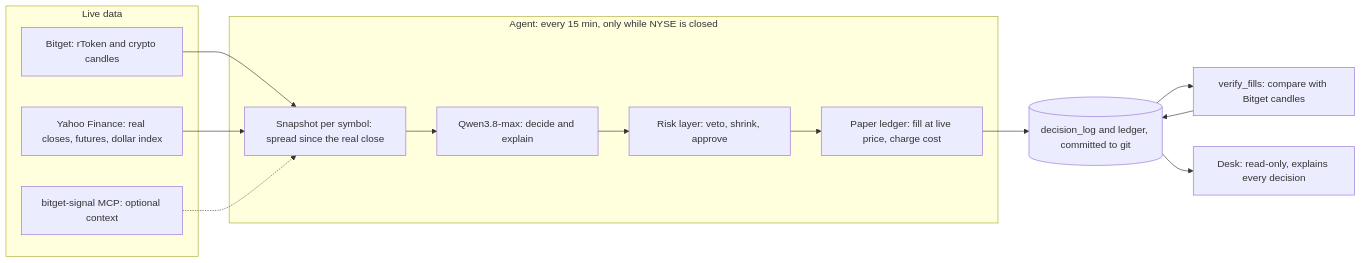
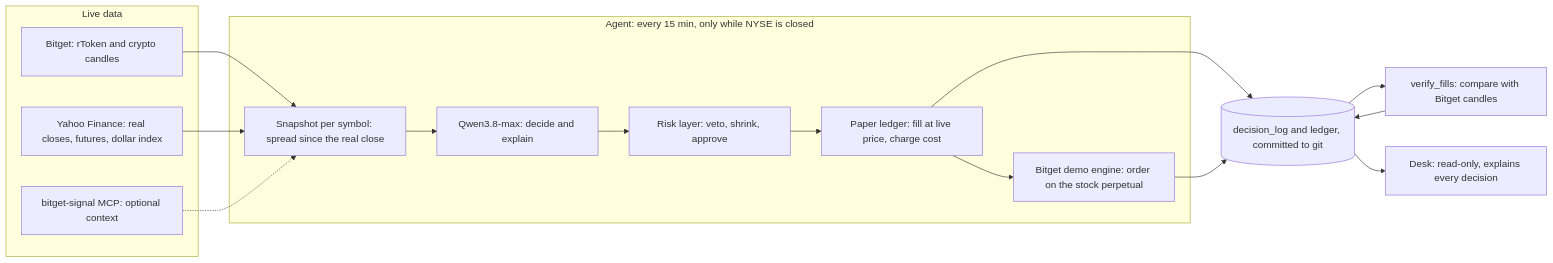
The diagram in README.md (angelraph/gloaming), drawn with Mermaid before and after one commit. The commit also changed other lines of this file and 1 other file, not shown here.

First line of the commit message:
Document the demo-exchange leg in the README and fix a stale architecture line

````diff
--- a/README.md
+++ b/README.md
@@ -138,24 +139,26 @@
 ```mermaid
 flowchart LR
     subgraph data["Live data"]
         bitget["Bitget: rToken and crypto candles"]
         yahoo["Yahoo Finance: real closes, futures, dollar index"]
         sig["bitget-signal MCP: optional context"]
     end
     subgraph agent["Agent: every 15 min, only while NYSE is closed"]
         snap["Snapshot per symbol: spread since the real close"]
         qwen["Qwen3.8-max: decide and explain"]
         risk["Risk layer: veto, shrink, approve"]
         ledger["Paper ledger: fill at live price, charge cost"]
+        exch["Bitget demo engine: order on the stock perpetual"]
     end
     log[("decision_log and ledger, committed to git")]
     verify["verify_fills: compare with Bitget candles"]
     desk["Desk: read-only, explains every decision"]
 
     bitget --> snap
     yahoo --> snap
     sig -.-> snap
     snap --> qwen --> risk --> ledger --> log
+    ledger --> exch --> log
     log --> verify --> log
     log --> desk
 ```
````
